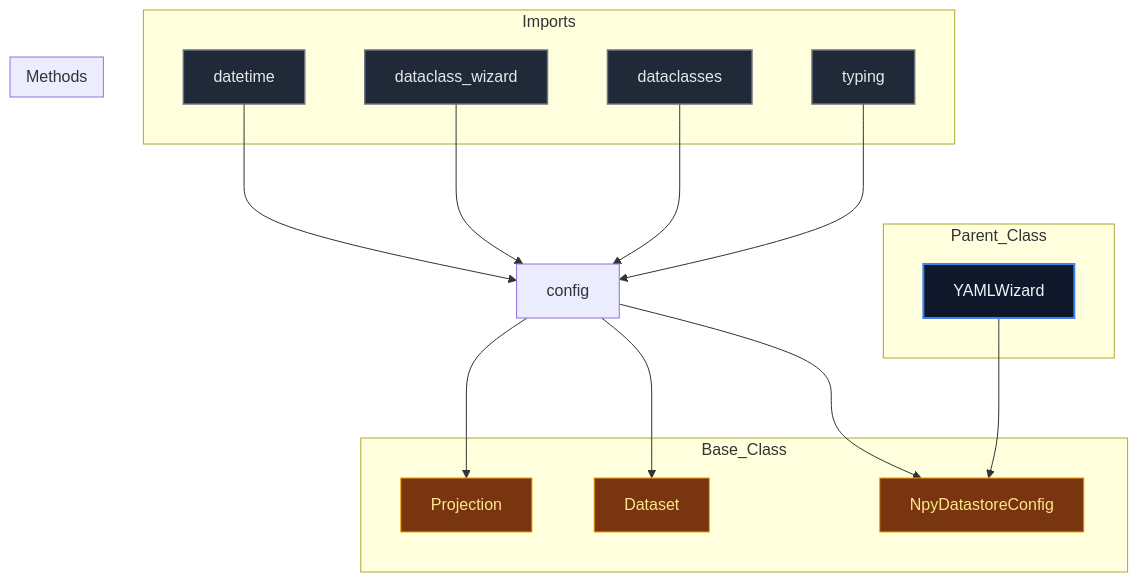
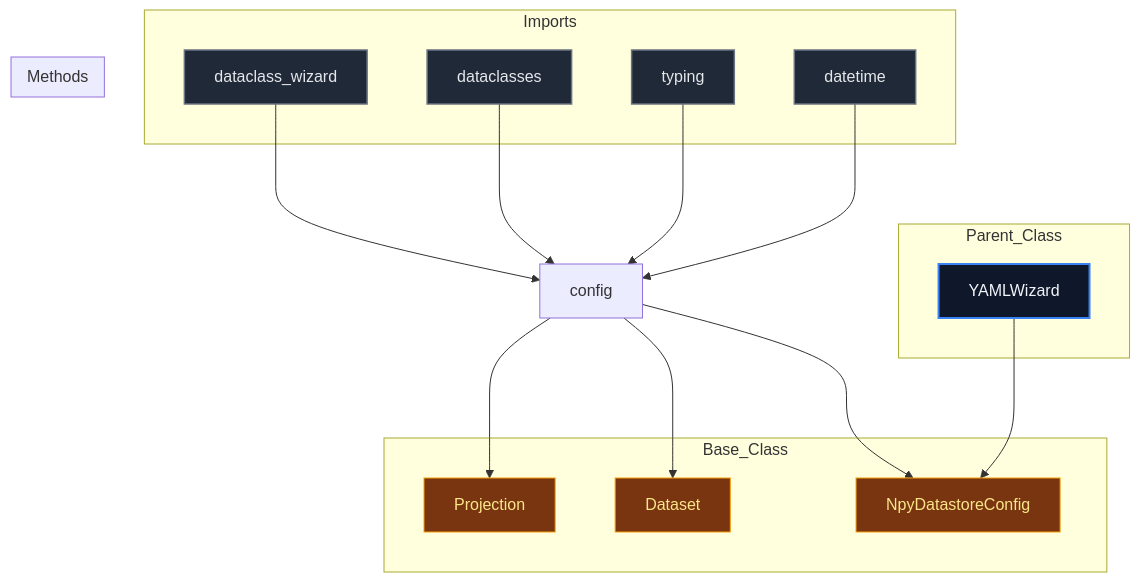
One commit to mllam/neural-lam changed the diagram in docs/diagrams/config_diagram.md. Above: the diagram before and after it, drawn with Mermaid. The commit also changed 18 other files, not shown here.

Commit message:
Auto-update Mermaid diagrams

````diff
--- a/docs/diagrams/config_diagram.md
+++ b/docs/diagrams/config_diagram.md
@@ -1,47 +1,47 @@
 ```mermaid
 %%{init: {'flowchart': {'nodeSpacing': 60, 'rankSpacing': 80}}}%%
 flowchart TD
 
 module["config"]
 
 subgraph Parent_Class
     YAMLWizard["YAMLWizard"]
 end
 
 subgraph Base_Class
     Projection["Projection"]
     Dataset["Dataset"]
     NpyDatastoreConfig["NpyDatastoreConfig"]
 end
 
     YAMLWizard --> NpyDatastoreConfig
 
 subgraph Imports
+    datetime["datetime"]
     typing["typing"]
     dataclasses["dataclasses"]
     dataclass_wizard["dataclass_wizard"]
-    datetime["datetime"]
 end
 
+    datetime --> module
     typing --> module
     dataclasses --> module
     dataclass_wizard --> module
-    datetime --> module
     module --> Projection
     module --> Dataset
     module --> NpyDatastoreConfig
 
 subgraph Methods
 end
 
 
 classDef parent fill:#0f172a,stroke:#3b82f6,stroke-width:2px,color:#f1f5f9,font-size:16px
 classDef base fill:#78350f,stroke:#f59e0b,stroke-width:1px,color:#fde68a,font-size:16px
 classDef import fill:#1f2937,stroke:#6b7280,stroke-width:1.5px,color:#e5e7eb,font-size:16px
 classDef method fill:#2d043f,stroke:#7c3aed,stroke-width:1.5px,color:#ede9fe,font-size:16px
 classDef callNode fill:#064e3b,stroke:#10b981,stroke-width:1.5px,color:#d1fae5,font-size:16px
 class YAMLWizard parent
 class Projection,Dataset,NpyDatastoreConfig base
-class typing,dataclasses,dataclass_wizard,datetime import
+class datetime,typing,dataclasses,dataclass_wizard import
 
 ```
````
